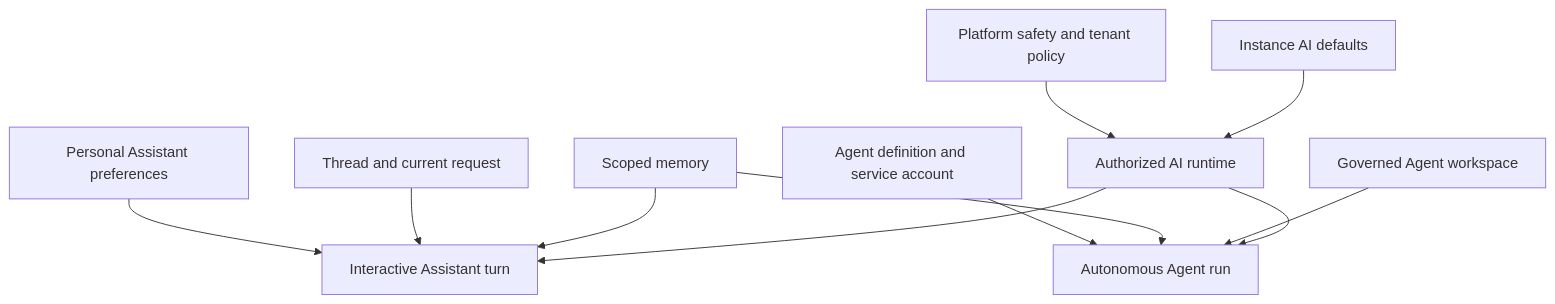
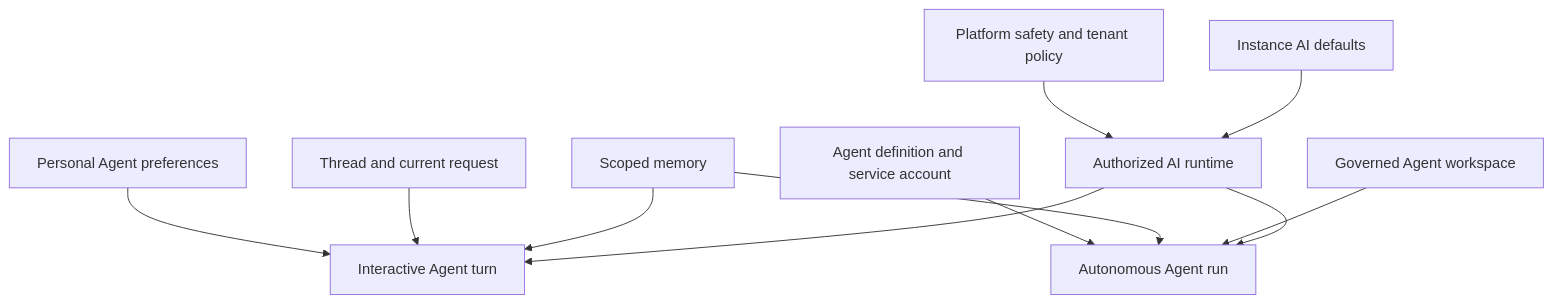
The diagram in ai/assistant-configuration.mdx (RevoEngine/public-docs), drawn with Mermaid before and after one commit. The commit also changed other lines of this file and 84 other files, not shown here.

````diff
--- a/ai/assistant-configuration.mdx
+++ b/ai/assistant-configuration.mdx
@@ -24,13 +24,13 @@
 ```mermaid
 flowchart TB
   S["Platform safety and tenant policy"] --> R["Authorized AI runtime"]
   I["Instance AI defaults"] --> R
-  P["Personal Assistant preferences"] --> A["Interactive Assistant turn"]
+  P["Personal Agent preferences"] --> A["Interactive Agent turn"]
   T["Thread and current request"] --> A
   D["Agent definition and service account"] --> G["Autonomous Agent run"]
   M["Scoped memory"] --> A
   M --> G
   W["Governed Agent workspace"] --> G
   R --> A
   R --> G
 ```
````
